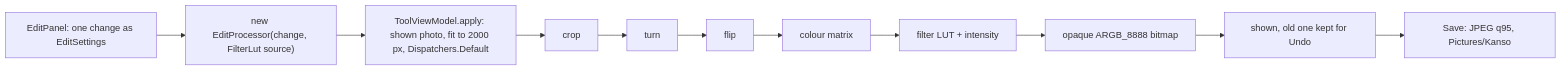
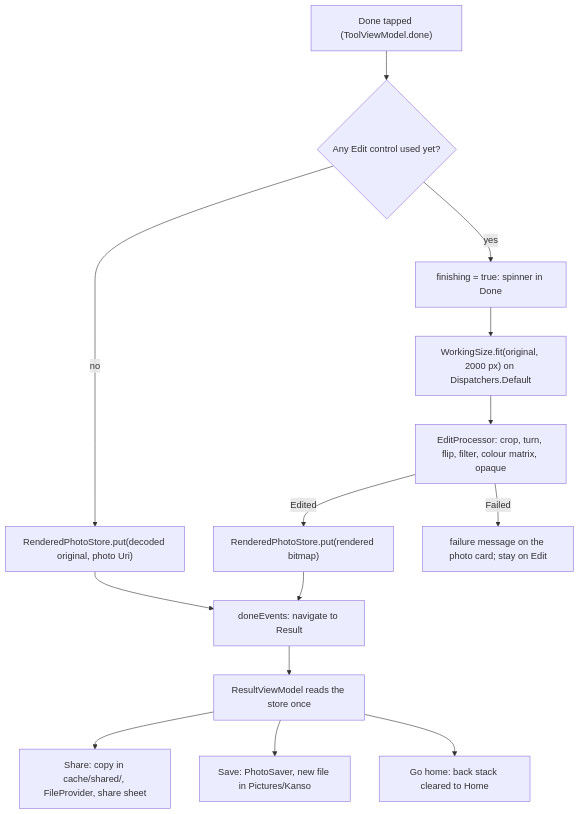
Before and after one commit to Phong-Kaster/Kanso: the second of 2 diagrams in docs/features/edit.md, drawn with Mermaid. The commit also changed other lines of this file and 39 other files, not shown here.

Commit message:
loop(phase-6): Edit docs, ADR-003, glossary and 14 new Edit pictures; every task complete

````diff
--- a/docs/features/edit.md
+++ b/docs/features/edit.md
@@ -57,8 +146,16 @@
 ```mermaid
-flowchart LR
-    A["EditPanel: one change as EditSettings"] --> B["new EditProcessor(change, FilterLut source)"]
-    B --> C["ToolViewModel.apply: shown photo, fit to 2000 px, Dispatchers.Default"]
-    C --> D["crop"] --> E["turn"] --> F["flip"] --> G["colour matrix"] --> H["filter LUT + intensity"]
-    H --> I["opaque ARGB_8888 bitmap"] --> J["shown, old one kept for Undo"]
-    J --> K["Save: JPEG q95, Pictures/Kanso"]
+flowchart TD
+    D["Done tapped (ToolViewModel.done)"] --> N{"Any Edit control used yet?"}
+    N -->|no| H0["RenderedPhotoStore.put(decoded original, photo Uri)"]
+    N -->|yes| F["finishing = true: spinner in Done"]
+    F --> W["WorkingSize.fit(original, 2000 px) on Dispatchers.Default"]
+    W --> E["EditProcessor: crop, turn, flip, filter, colour matrix, opaque"]
+    E -->|Edited| H1["RenderedPhotoStore.put(rendered bitmap)"]
+    E -->|Failed| X["failure message on the photo card; stay on Edit"]
+    H0 --> R["doneEvents: navigate to Result"]
+    H1 --> R
+    R --> V["ResultViewModel reads the store once"]
+    V --> SH["Share: copy in cache/shared/, FileProvider, share sheet"]
+    V --> SV["Save: PhotoSaver, new file in Pictures/Kanso"]
+    V --> GH["Go home: back stack cleared to Home"]
 ```
````
